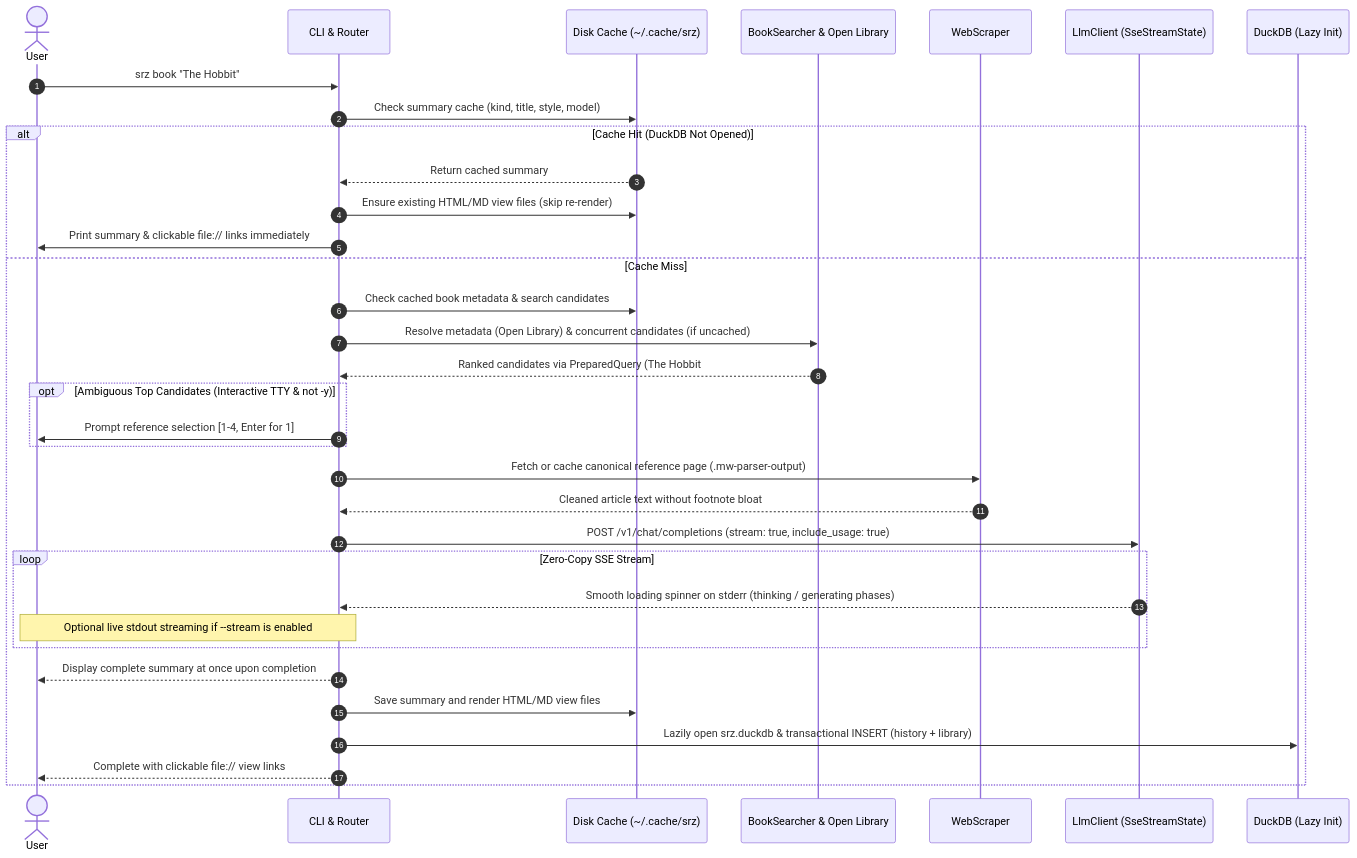
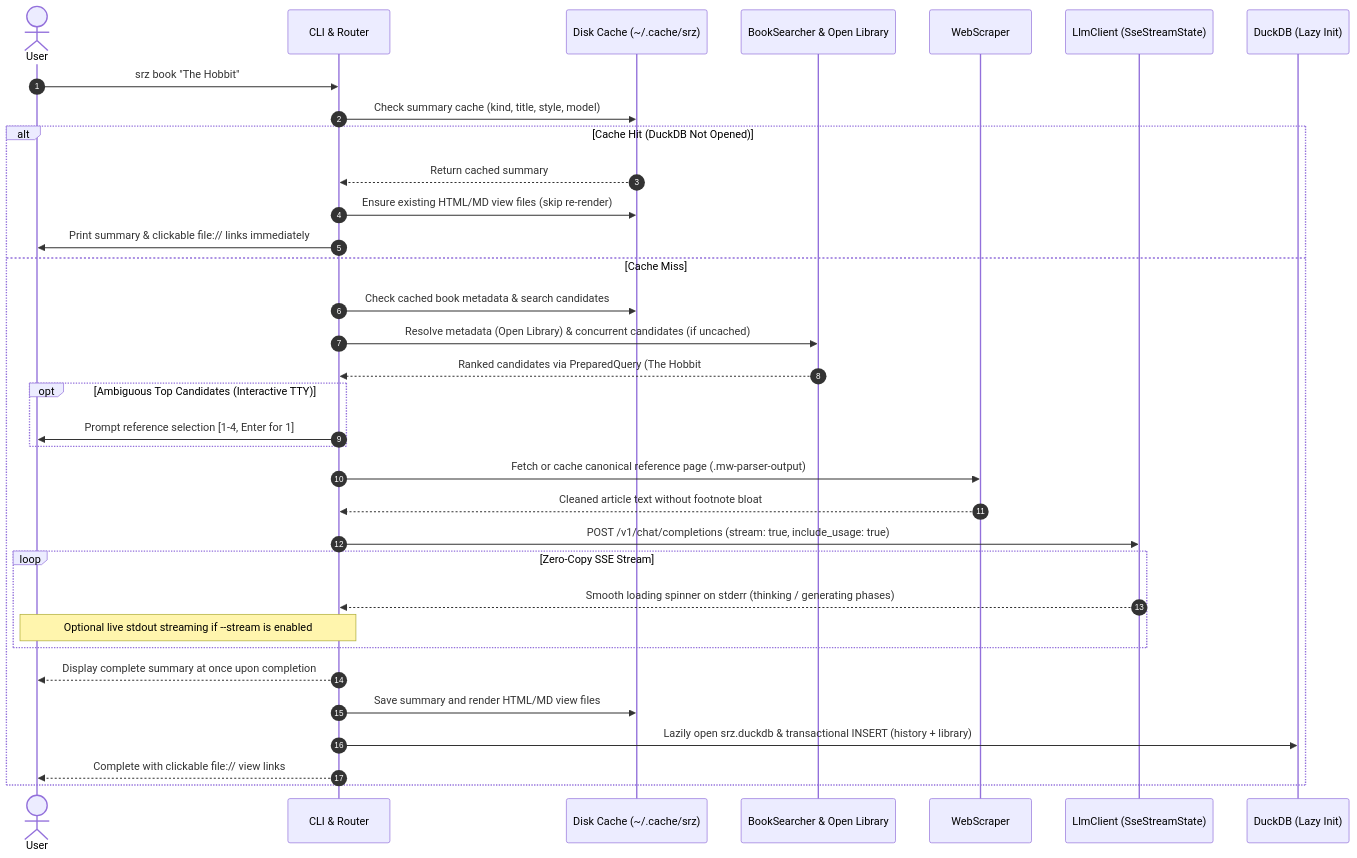
The second of 3 diagrams in docs/OVERVIEW.md (NewGuy012/srz), drawn with Mermaid before and after one commit. The commit also changed other lines of this file and 3 other files, not shown here.

````diff
--- a/docs/OVERVIEW.md
+++ b/docs/OVERVIEW.md
@@ -71,37 +71,37 @@
 ```mermaid
 sequenceDiagram
     autonumber
     actor User
     participant CLI as CLI & Router
     participant Cache as Disk Cache (~/.cache/srz)
     participant Search as BookSearcher & Open Library
     participant Scraper as WebScraper
     participant LLM as LlmClient (SseStreamState)
     participant DB as DuckDB (Lazy Init)
 
     User->>CLI: srz book "The Hobbit"
     CLI->>Cache: Check summary cache (kind, title, style, model)
     alt Cache Hit (DuckDB Not Opened)
         Cache-->>CLI: Return cached summary
         CLI->>Cache: Ensure existing HTML/MD view files (skip re-render)
         CLI->>User: Print summary & clickable file:// links immediately
     else Cache Miss
         CLI->>Cache: Check cached book metadata & search candidates
         CLI->>Search: Resolve metadata (Open Library) & concurrent candidates (if uncached)
         Search-->>CLI: Ranked candidates via PreparedQuery (The Hobbit #1, Score: 115)
-        opt Ambiguous Top Candidates (Interactive TTY & not -y)
+        opt Ambiguous Top Candidates (Interactive TTY)
             CLI->>User: Prompt reference selection [1-4, Enter for 1]
         end
         CLI->>Scraper: Fetch or cache canonical reference page (.mw-parser-output)
         Scraper-->>CLI: Cleaned article text without footnote bloat
         CLI->>LLM: POST /v1/chat/completions (stream: true, include_usage: true)
         loop Zero-Copy SSE Stream
             LLM-->>CLI: Smooth loading spinner on stderr (thinking / generating phases)
             Note over CLI,User: Optional live stdout streaming if --stream is enabled
         end
         CLI-->>User: Display complete summary at once upon completion
         CLI->>Cache: Save summary and render HTML/MD view files
         CLI->>DB: Lazily open srz.duckdb & transactional INSERT (history + library)
         CLI-->>User: Complete with clickable file:// view links
     end
 ```
````
